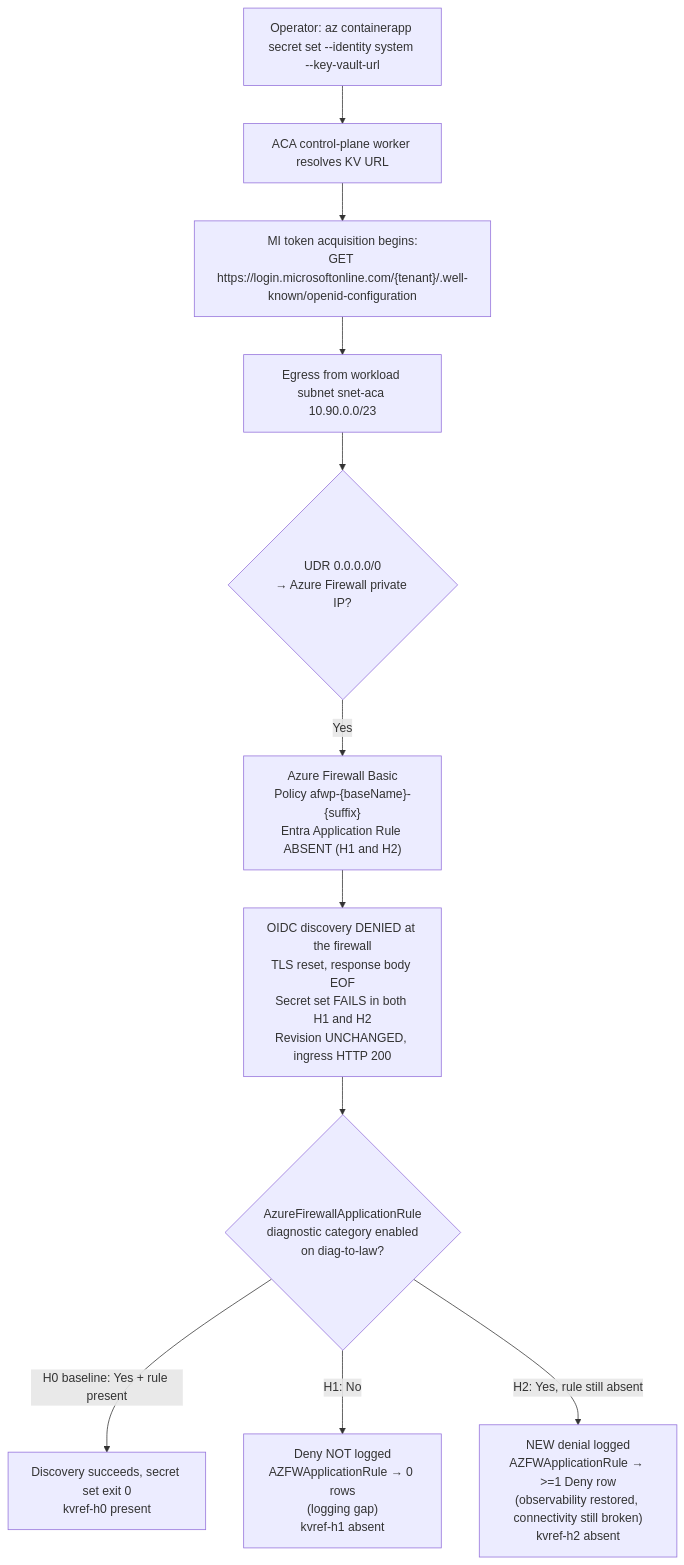
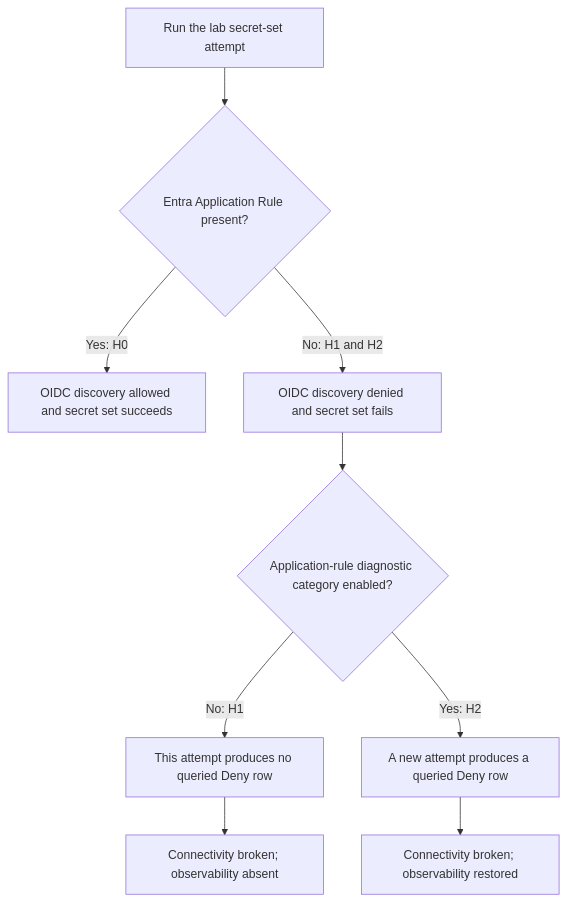
Before and after one commit to yeongseon/azure-container-apps-practical-guide: the diagram in docs/troubleshooting/lab-guides/aca-secret-kv-ref-mi-network-path-h4b.md, drawn with Mermaid. The commit also changed other lines of this file and 23 other files, not shown here.

Commit message:
docs(diagrams): migrate the first lab-guide diagram batch (#625)

````diff
--- a/docs/troubleshooting/lab-guides/aca-secret-kv-ref-mi-network-path-h4b.md
+++ b/docs/troubleshooting/lab-guides/aca-secret-kv-ref-mi-network-path-h4b.md
@@ -58,13 +58,11 @@
 ```mermaid
 flowchart TD
-    A["Operator: az containerapp secret set --identity system --key-vault-url"] --> B["ACA control-plane worker resolves KV URL"]
-    B --> C["MI token acquisition begins:<br/>GET https://login.microsoftonline.com/{tenant}/.well-known/openid-configuration"]
-    C --> D["Egress from workload subnet snet-aca 10.90.0.0/23"]
-    D --> E{"UDR 0.0.0.0/0<br/>→ Azure Firewall private IP?"}
-    E -->|Yes| F["Azure Firewall Basic<br/>Policy afwp-{baseName}-{suffix}<br/>Entra Application Rule ABSENT (H1 and H2)"]
-    F --> G["OIDC discovery DENIED at the firewall<br/>TLS reset, response body EOF<br/>Secret set FAILS in both H1 and H2<br/>Revision UNCHANGED, ingress HTTP 200"]
-    G --> H{"AzureFirewallApplicationRule<br/>diagnostic category enabled<br/>on diag-to-law?"}
-    H -->|H0 baseline: Yes + rule present| I["Discovery succeeds, secret set exit 0<br/>kvref-h0 present"]
-    H -->|H1: No| J["Deny NOT logged<br/>AZFWApplicationRule → 0 rows<br/>(logging gap)<br/>kvref-h1 absent"]
-    H -->|H2: Yes, rule still absent| K["NEW denial logged<br/>AZFWApplicationRule → >=1 Deny row<br/>(observability restored, connectivity still broken)<br/>kvref-h2 absent"]
+    ATTEMPT["Run the lab secret-set attempt"] --> RULE{"Entra Application Rule present?"}
+    RULE -->|Yes: H0| ALLOW["OIDC discovery allowed and secret set succeeds"]
+    RULE -->|No: H1 and H2| DENY["OIDC discovery denied and secret set fails"]
+    DENY --> LOGGING{"Application-rule diagnostic category enabled?"}
+    LOGGING -->|No: H1| GAP["This attempt produces no queried Deny row"]
+    LOGGING -->|Yes: H2| VISIBLE["A new attempt produces a queried Deny row"]
+    GAP --> INTERPRET["Connectivity broken; observability absent"]
+    VISIBLE --> INTERPRET2["Connectivity broken; observability restored"]
 ```
````
